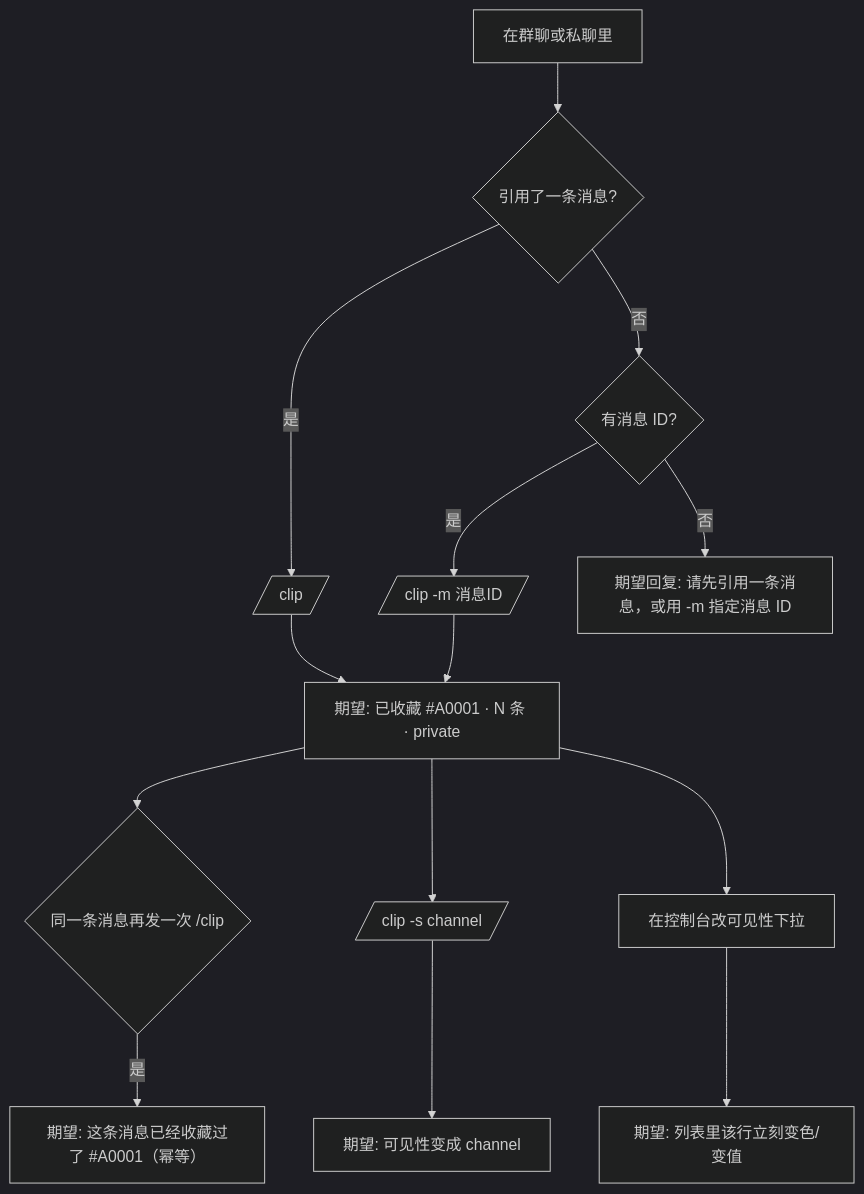
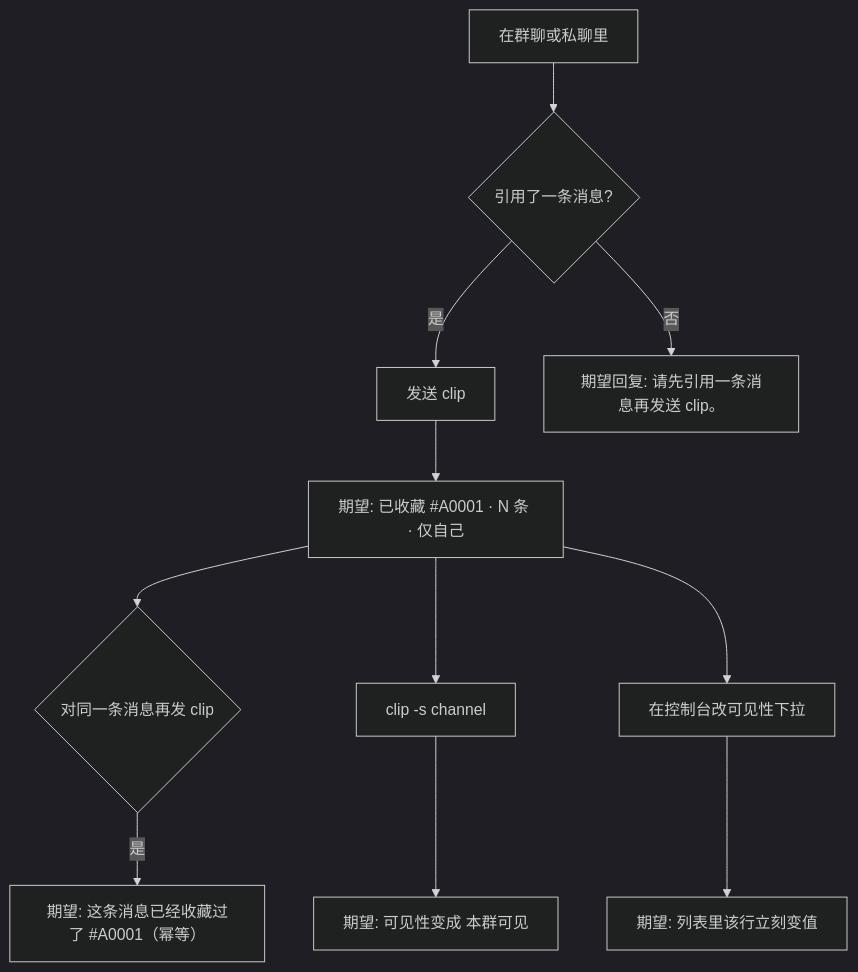
The second of 4 diagrams in docs/VERIFY.md (zhukongqwq/koishi-plugin-chatclip), drawn with Mermaid (dark theme) before and after one commit. The commit also changed other lines of this file and 10 other files, not shown here.

````diff
--- a/docs/VERIFY.md
+++ b/docs/VERIFY.md
@@ -26,16 +22,13 @@
 ```mermaid
 flowchart TD
   S[在群聊或私聊里] --> A{引用了一条消息?}
-  A -- 是 --> B[/clip/]
-  A -- 否 --> C{有消息 ID?}
-  C -- 是 --> D[/clip -m 消息ID/]
-  C -- 否 --> E[期望回复: 请先引用一条消息，或用 -m 指定消息 ID]
-  B --> F[期望: 已收藏 #A0001 · N 条 · private]
-  D --> F
-  F --> G{同一条消息再发一次 /clip}
+  A -- 是 --> B[发送 clip]
+  A -- 否 --> E[期望回复: 请先引用一条消息再发送 clip。]
+  B --> F[期望: 已收藏 #A0001 · N 条 · 仅自己]
+  F --> G{对同一条消息再发 clip}
   G -- 是 --> H[期望: 这条消息已经收藏过了 #A0001（幂等）]
-  F --> I[/clip -s channel/]
-  I --> J[期望: 可见性变成 channel]
+  F --> I[clip -s channel]
+  I --> J[期望: 可见性变成 本群可见]
   F --> K[在控制台改可见性下拉]
-  K --> L[期望: 列表里该行立刻变色/变值]
+  K --> L[期望: 列表里该行立刻变值]
 ```
````
